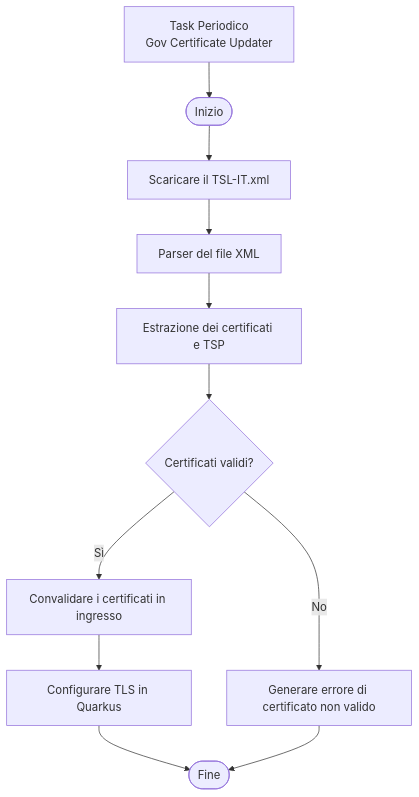
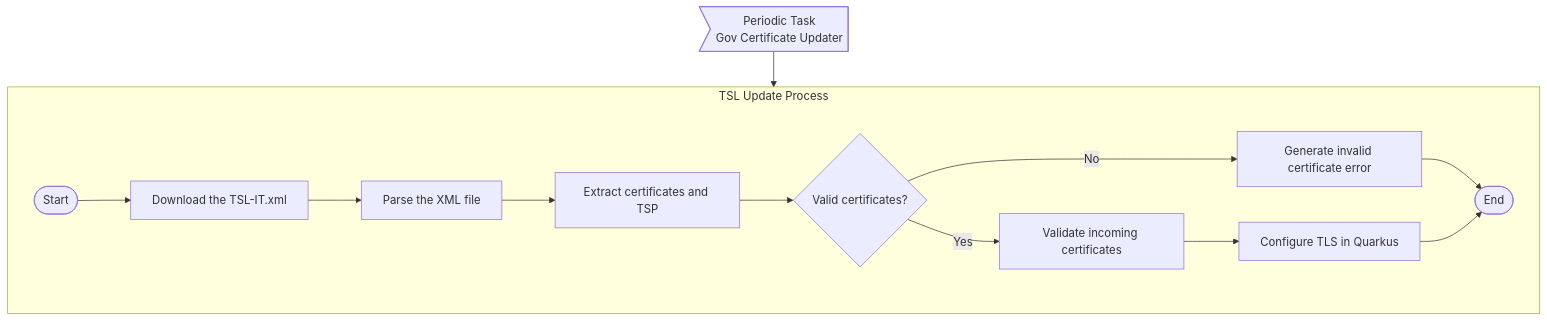
Diagram 11 of 12 in src/main/docs/markdown/article/implementazione_mtls_quarkus.md (amusarra/quarkus-mtls-auth), drawn with Mermaid before and after one commit. The commit also changed other lines of this file, not shown here.

````diff
--- a/src/main/docs/markdown/article/implementazione_mtls_quarkus.md
+++ b/src/main/docs/markdown/article/implementazione_mtls_quarkus.md
@@ -2474,13 +2153,15 @@
 ```mermaid
-graph TD
-  UpdateTSL[Task Periodico \nGov Certificate Updater] --> Start([Inizio])
-  Start --> A[Scaricare il TSL-IT.xml]
-  A --> B[Parser del file XML]
-  B --> C[Estrazione dei certificati e TSP]
-  C --> D{Certificati validi?}
-  D -->|Sì| E[Convalidare i certificati in ingresso]
-  D -->|No| F[Generare errore di certificato non valido]
-  E --> G[Configurare TLS in Quarkus]
-  G --> End([Fine])
-  F --> End
+flowchart TD
+   UpdateTSL>Periodic Task \nGov Certificate Updater] --> SA
+   subgraph SA [TSL Update Process]
+      Start([Start]) --> A[Download the TSL-IT.xml]
+      A --> B[Parse the XML file]
+      B --> C[Extract certificates and TSP]
+      C --> D{Valid certificates?}
+      D -->|Yes| E[Validate incoming certificates]
+      D -->|No| F[Generate invalid certificate error]
+      E --> G[Configure TLS in Quarkus]
+      F --> End
+      G --> End([End])
+   end
 ```
````
